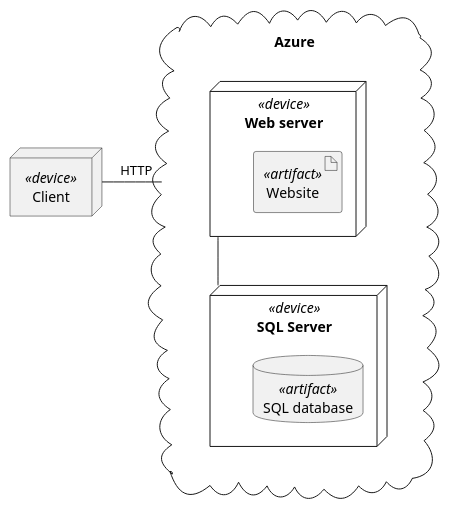
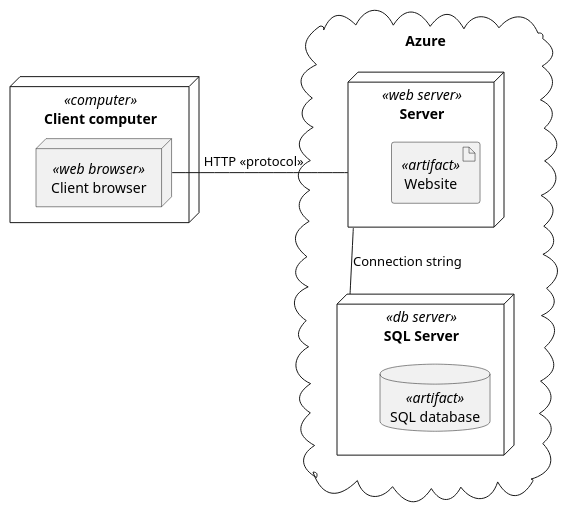
One commit to ITU-BDSA23-GROUP14/Chirp changed the diagram in docs/diagrams/deployedArchitecture.puml. Above: the diagram before and after it, drawn with PlantUML. The commit also changed 6 other files, not shown here.

```diff
--- a/docs/diagrams/deployedArchitecture.puml
+++ b/docs/diagrams/deployedArchitecture.puml
@@ -2,14 +2,16 @@
 @startuml deployment-diagram
 
 cloud Azure {
-    node "Web server" as WebServer <<device>> {
+    node Server <<web server>> {
         artifact Website <<artifact>>
     }
-    node "SQL Server" as DbServer <<device>> {
+    node "SQL Server" as DbServer <<db server>> {
         database "SQL database" as AzureDB <<artifact>>
     }
-    WebServer -- DbServer
+    Server -- DbServer : Connection string
 }
-node Client <<device>>
-Client - Azure : HTTP
+node "Client computer" as Client <<computer>> {
+    node "Client browser" as Browser <<web browser>>
+}
+Browser - Server : "    HTTP <<protocol>>          " 
 @enduml
```
